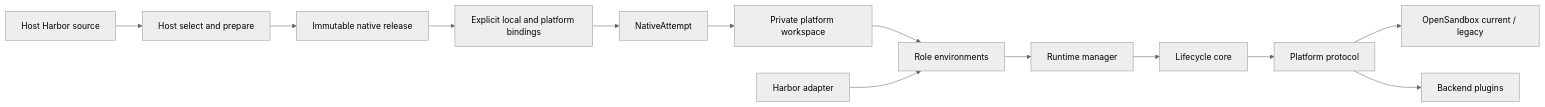
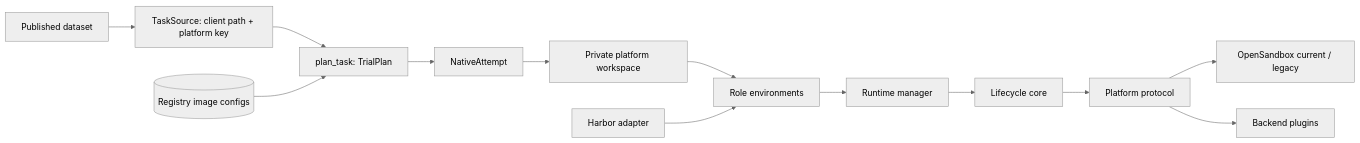
Before and after one commit to matrix72c/flotilla: the diagram in docs/Architecture.md, drawn with Mermaid (neutral theme). The commit also changed other lines of this file and 101 other files, not shown here.

````diff
--- a/docs/Architecture.md
+++ b/docs/Architecture.md
@@ -25,15 +25,15 @@
 ```mermaid
 flowchart LR
-    Source[Host Harbor source] --> Prepare[Host select and prepare]
-    Prepare --> Release[Immutable native release]
-    Release --> Binding[Explicit local and platform bindings]
-    Binding --> Attempt[NativeAttempt]
+    Dataset[Published dataset] --> Source[TaskSource: client path + platform key]
+    Source --> Plan[plan_task: TrialPlan]
+    Registry[(Registry image configs)] --> Plan
+    Plan --> Attempt[NativeAttempt]
     Attempt --> Workspace[Private platform workspace]
     Workspace --> API[Role environments]
     API --> Manager[Runtime manager]
     Manager --> Core[Lifecycle core]
     Core --> Platform[Platform protocol]
     Platform --> Backend[OpenSandbox current / legacy]
     Platform --> Plugin[Backend plugins]
     Harbor[Harbor adapter] --> API
 ```
````
